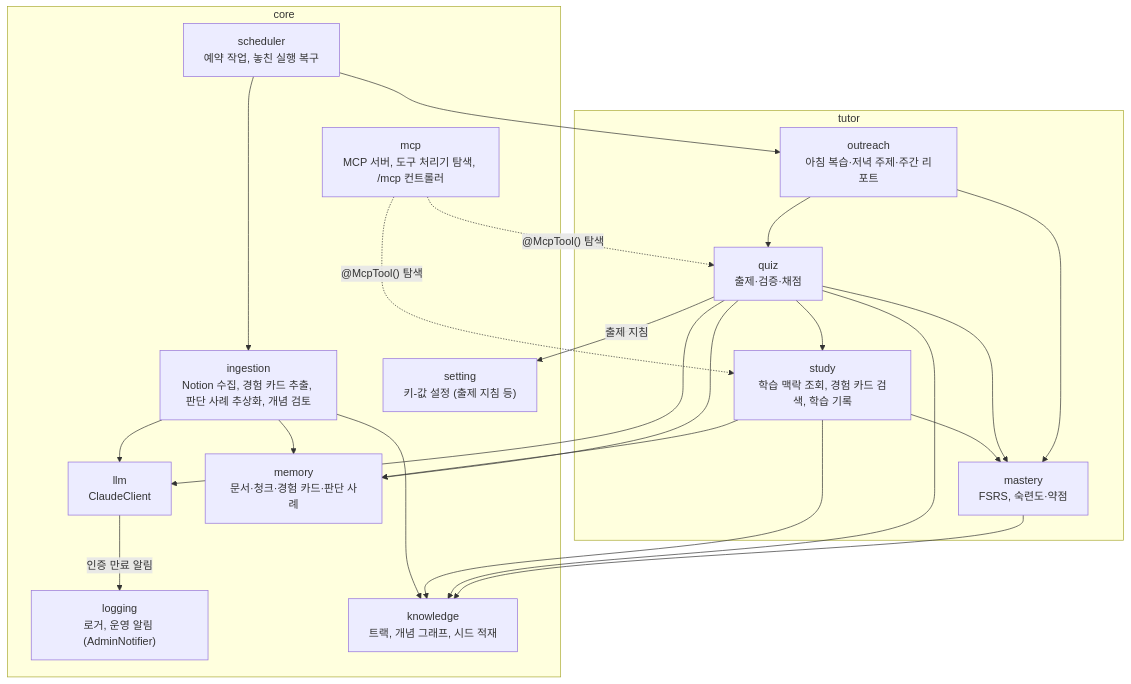
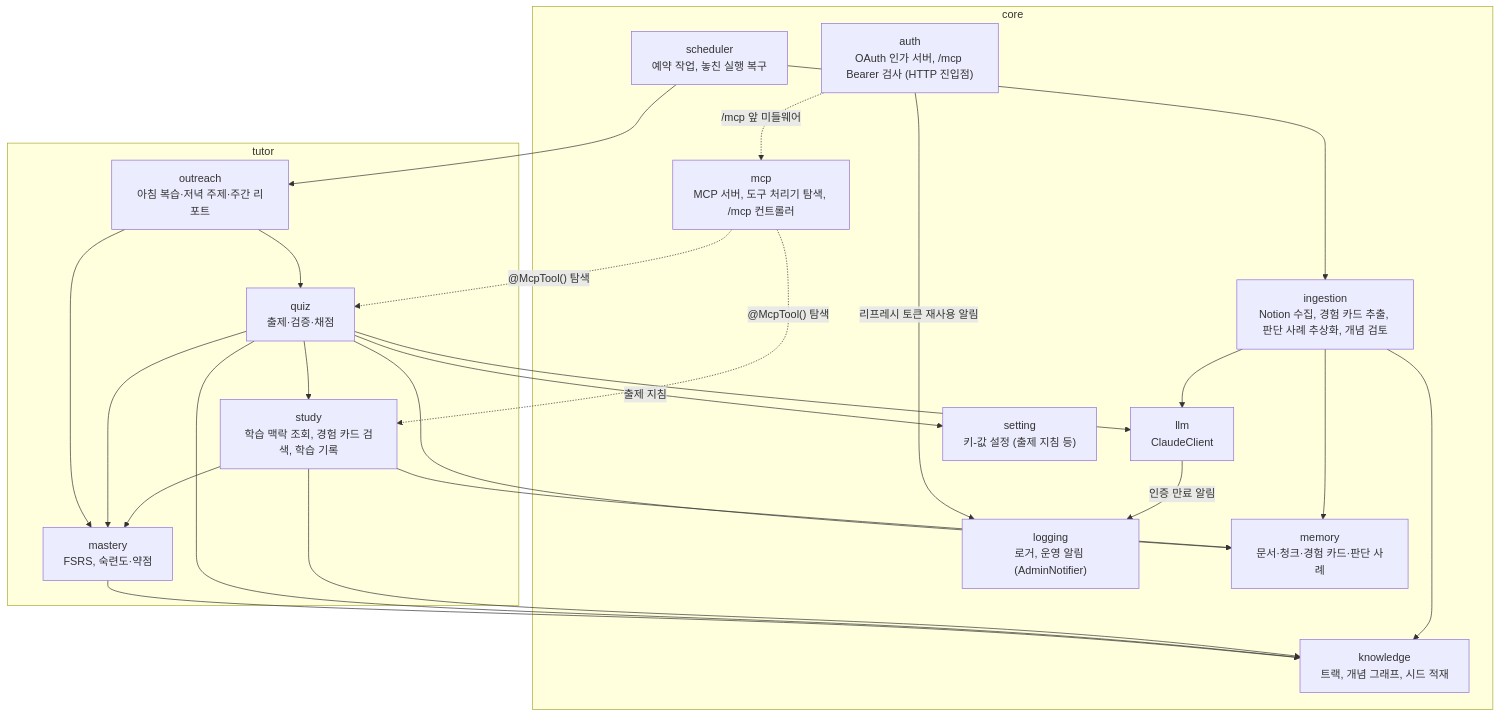
One commit to Wonchang0314/growth-assistant changed the diagram in docs/architecture/c4-3-component.md. Above: the diagram before and after it, drawn with Mermaid. The commit also changed other lines of this file and 45 other files, not shown here.

Commit message:
feat: OAuth 2.1 인가 서버(CIMD, 구글 로그인, 동의 화면)와 /mcp Bearer 검사

````diff
--- a/docs/architecture/c4-3-component.md
+++ b/docs/architecture/c4-3-component.md
@@ -5,45 +5,48 @@
 ```mermaid
 flowchart TB
     subgraph core
         mcp["mcp<br/>MCP 서버, 도구 처리기 탐색, /mcp 컨트롤러"]
+        auth["auth<br/>OAuth 인가 서버, /mcp Bearer 검사 (HTTP 진입점)"]
         llm["llm<br/>ClaudeClient"]
         logging["logging<br/>로거, 운영 알림 (AdminNotifier)"]
         memory["memory<br/>문서·청크·경험 카드·판단 사례"]
         knowledge["knowledge<br/>트랙, 개념 그래프, 시드 적재"]
         ingestion["ingestion<br/>Notion 수집, 경험 카드 추출, 판단 사례 추상화, 개념 검토"]
         scheduler["scheduler<br/>예약 작업, 놓친 실행 복구"]
         setting["setting<br/>키-값 설정 (출제 지침 등)"]
     end
 
     subgraph tutor
         study["study<br/>학습 맥락 조회, 경험 카드 검색, 학습 기록"]
         quiz["quiz<br/>출제·검증·채점"]
         mastery["mastery<br/>FSRS, 숙련도·약점"]
         outreach["outreach<br/>아침 복습·저녁 주제·주간 리포트"]
     end
 
     mcp -.->|"@McpTool() 탐색"| study
     mcp -.->|"@McpTool() 탐색"| quiz
     scheduler --> outreach
     scheduler --> ingestion
     llm -->|"인증 만료 알림"| logging
+    auth -->|"리프레시 토큰 재사용 알림"| logging
+    auth -.->|"/mcp 앞 미들웨어"| mcp
     quiz -->|"출제 지침"| setting
 
     ingestion --> llm
     ingestion --> memory
     ingestion --> knowledge
 
     study --> memory
     study --> knowledge
     study --> mastery
 
     quiz --> llm
     quiz --> mastery
     quiz --> memory
     quiz --> knowledge
     quiz --> study
 
     mastery --> knowledge
     outreach --> quiz
     outreach --> mastery
 ```
````
